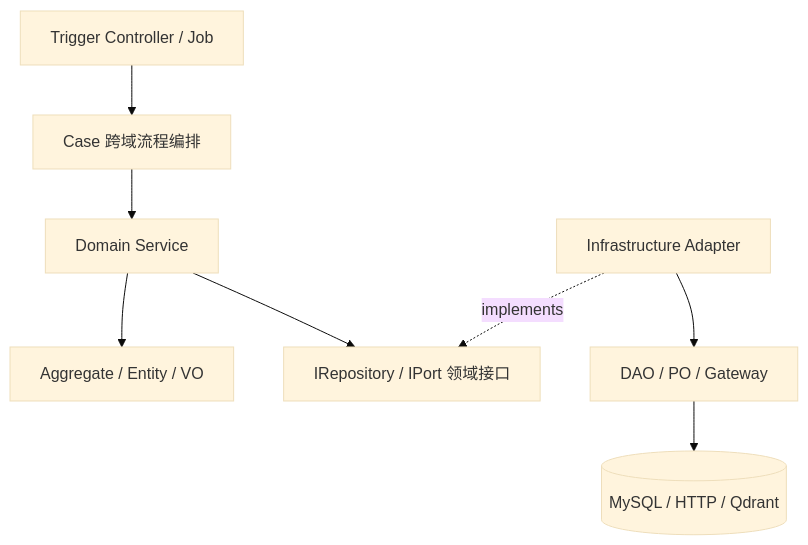
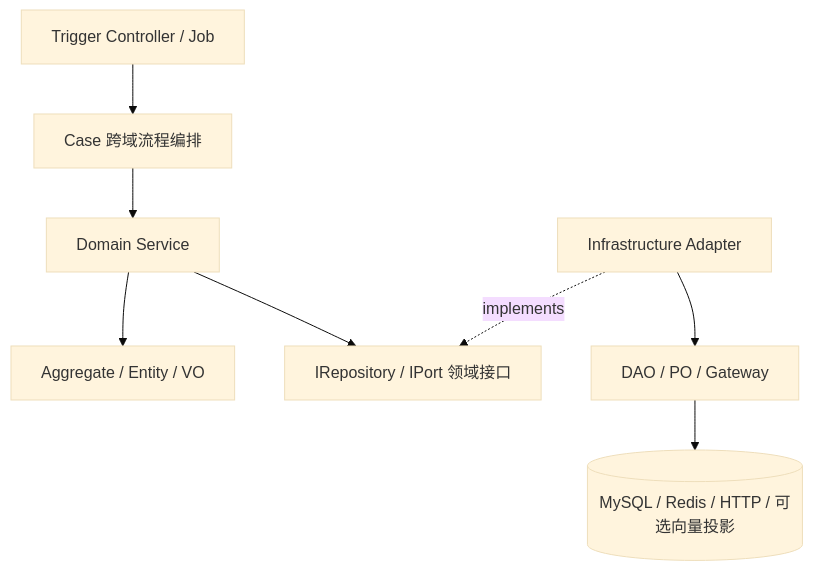
Before and after one commit to ProfessorZJH/campus-shopping: the second of 2 diagrams in docs/architecture/system-architecture.md, drawn with Mermaid (base theme). The commit also changed other lines of this file and 163 other files, not shown here.

````diff
--- a/docs/architecture/system-architecture.md
+++ b/docs/architecture/system-architecture.md
@@ -51,18 +52,18 @@
 ```mermaid
 flowchart TB
     Trigger[Trigger Controller / Job]
     Case[Case 跨域流程编排]
     Service[Domain Service]
     Aggregate[Aggregate / Entity / VO]
     Repo[IRepository / IPort 领域接口]
     Adapter[Infrastructure Adapter]
     Dao[DAO / PO / Gateway]
-    Tech[(MySQL / HTTP / Qdrant)]
+    Tech[(MySQL / Redis / HTTP / 可选向量投影)]
     Trigger --> Case
     Case --> Service
     Service --> Aggregate
     Service --> Repo
     Adapter -.->|implements| Repo
     Adapter --> Dao
     Dao --> Tech
 ```
````
